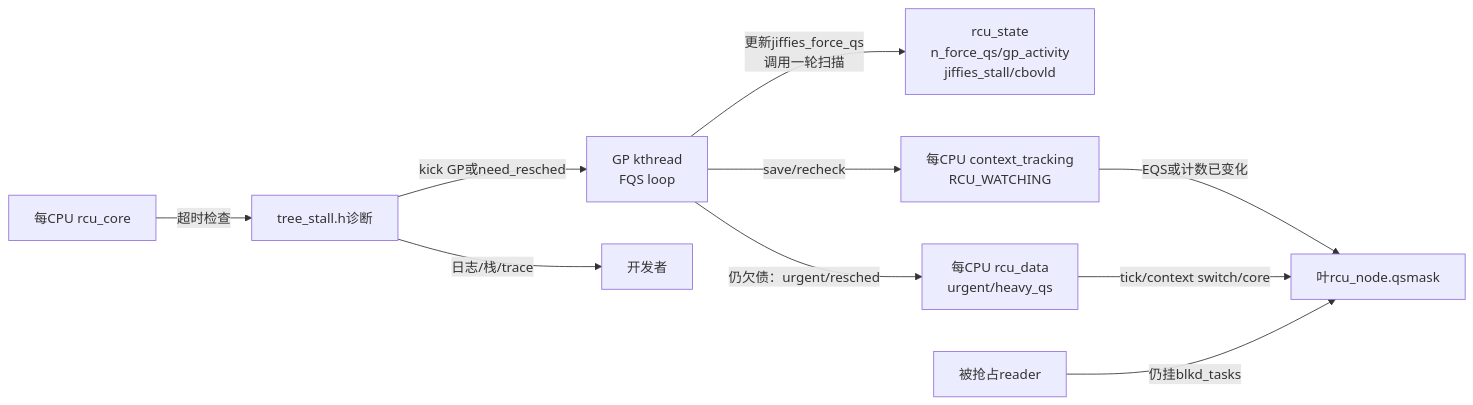
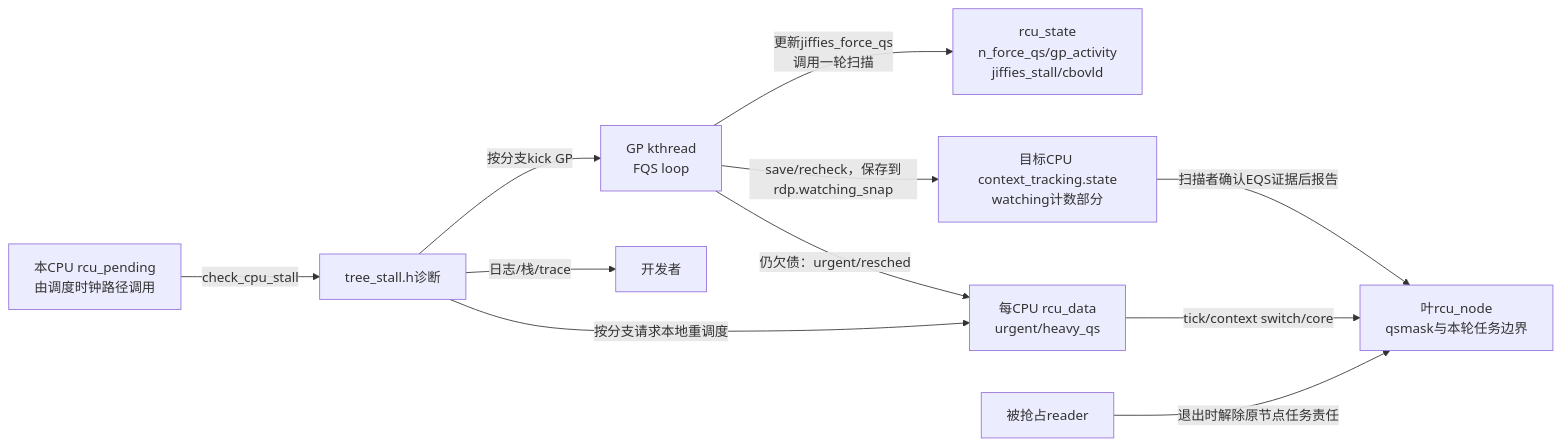
The first of 2 diagrams in research/source_reading/rcu/navigation/P05_Linux_6.12_Tree_RCU_force_QS与Stall模块源码概念导读.md (FormingSystem/linux_note), drawn with Mermaid before and after one commit. The commit also changed other lines of this file and 1 other file, not shown here.

First line of the commit message:
docs(rcu/source): 区分FQS合法证据与Stall诊断

````diff
--- a/research/source_reading/rcu/navigation/P05_Linux_6.12_Tree_RCU_force_QS与Stall模块源码概念导读.md
+++ b/research/source_reading/rcu/navigation/P05_Linux_6.12_Tree_RCU_force_QS与Stall模块源码概念导读.md
@@ -48,12 +50,13 @@
 ```mermaid
 flowchart LR
     GP["GP kthread<br/>FQS loop"] -->|"更新jiffies_force_qs<br/>调用一轮扫描"| RS["rcu_state<br/>n_force_qs/gp_activity<br/>jiffies_stall/cbovld"]
-    GP -->|"save/recheck"| CT["每CPU context_tracking<br/>RCU_WATCHING"]
-    CT -->|"EQS或计数已变化"| LEAF["叶rcu_node.qsmask"]
+    GP -->|"save/recheck，保存到rdp.watching_snap"| CT["目标CPU context_tracking.state<br/>watching计数部分"]
+    CT -->|"扫描者确认EQS证据后报告"| LEAF["叶rcu_node<br/>qsmask与本轮任务边界"]
     GP -->|"仍欠债：urgent/resched"| RD["每CPU rcu_data<br/>urgent/heavy_qs"]
     RD -->|"tick/context switch/core"| LEAF
-    TASK["被抢占reader"] -->|"仍挂blkd_tasks"| LEAF
-    CORE["每CPU rcu_core"] -->|"超时检查"| STALL["tree_stall.h诊断"]
+    TASK["被抢占reader"] -->|"退出时解除原节点任务责任"| LEAF
+    CORE["本CPU rcu_pending<br/>由调度时钟路径调用"] -->|"check_cpu_stall"| STALL["tree_stall.h诊断"]
     STALL -->|"日志/栈/trace"| OBS["开发者"]
-    STALL -->|"kick GP或need_resched"| GP
+    STALL -->|"按分支kick GP"| GP
+    STALL -->|"按分支请求本地重调度"| RD
 ```
````
